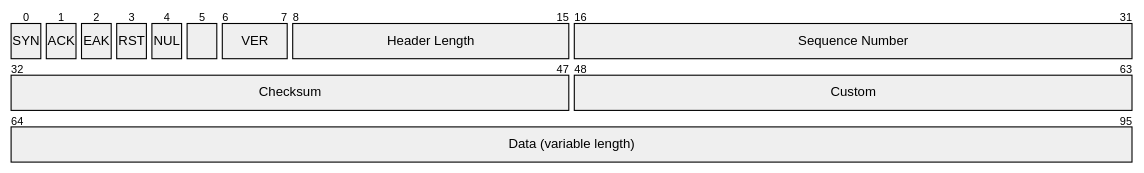
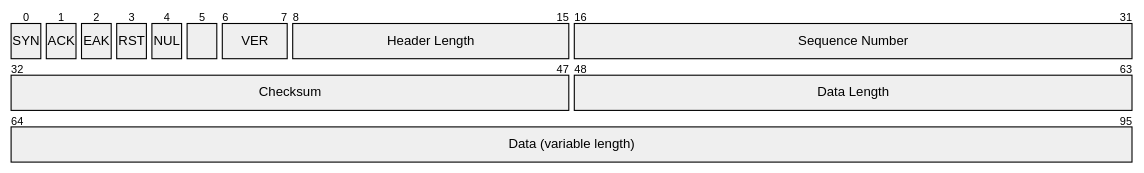
Before and after one commit to SanitoGonzalez/canal: the diagram in README.md, drawn with Mermaid.

````diff
--- a/README.md
+++ b/README.md
@@ -36,15 +36,15 @@
 ```mermaid
 packet-beta
 0: "SYN"
 1: "ACK"
 2: "EAK"
 3: "RST"
 4: "NUL"
 5: ""
 6-7: "VER"
 8-15: "Header Length"
 16-31: "Sequence Number"
 32-47: "Checksum"
-48-63: "Custom"
+48-63: "Data Length"
 64-95: "Data (variable length)"
 ```
````
